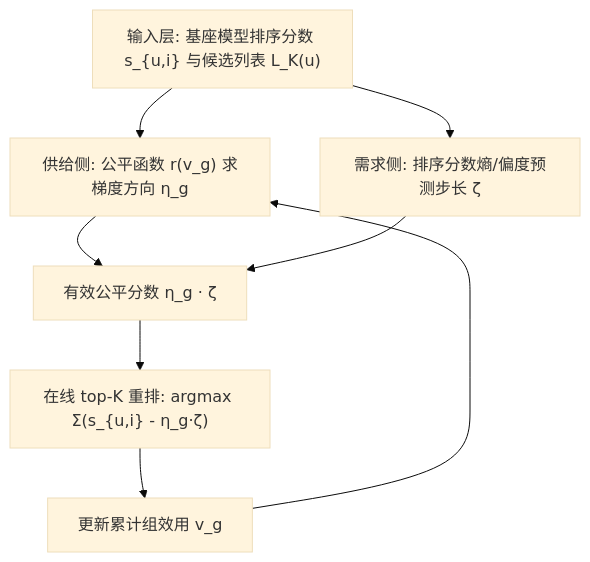
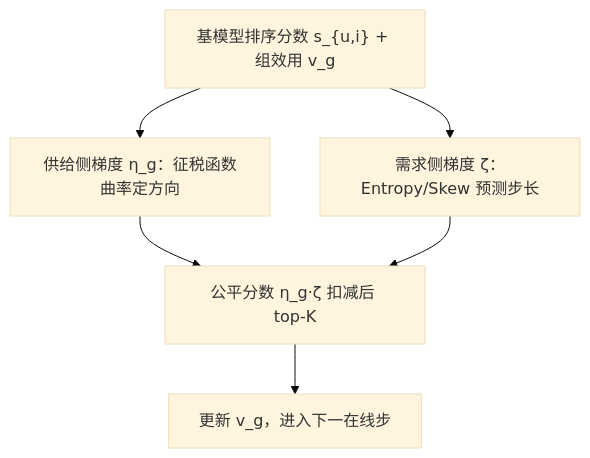
One commit to jbdcia321vw/Paper-Notes changed the diagram in docs/venues/SIGIR/2026/debias_fairness_industrial/the_attention_market_interpreting_online_fair_re_ranking_as_manifold_optimi.md. Above: the diagram before and after it, drawn with Mermaid (base theme). The commit also changed other lines of this file and 1119 other files, not shown here.

````diff
--- a/docs/venues/SIGIR/2026/debias_fairness_industrial/the_attention_market_interpreting_online_fair_re_ranking_as_manifold_optimi.md
+++ b/docs/venues/SIGIR/2026/debias_fairness_industrial/the_attention_market_interpreting_online_fair_re_ranking_as_manifold_optimi.md
@@ -58,10 +47,8 @@
 ```mermaid
 flowchart TD
-    A["输入层: 基座模型排序分数 s_{u,i} 与候选列表 L_K(u)"] --> B["供给侧: 公平函数 r(v_g) 求梯度方向 η_g"]
-    A --> C["需求侧: 排序分数熵/偏度预测步长 ζ"]
-    B --> D["有效公平分数 η_g · ζ"]
+    A["基模型排序分数 s_{u,i} + 组效用 v_g"] --> B["供给侧梯度 η_g：征税函数曲率定方向"]
+    A --> C["需求侧梯度 ζ：Entropy/Skew 预测步长"]
+    B --> D["公平分数 η_g·ζ 扣减后 top-K"]
     C --> D
-    D --> E["在线 top-K 重排: argmax Σ(s_{u,i} - η_g·ζ)"]
-    E --> F["更新累计组效用 v_g"]
-    F --> B
+    D --> E["更新 v_g，进入下一在线步"]
 ```
````
